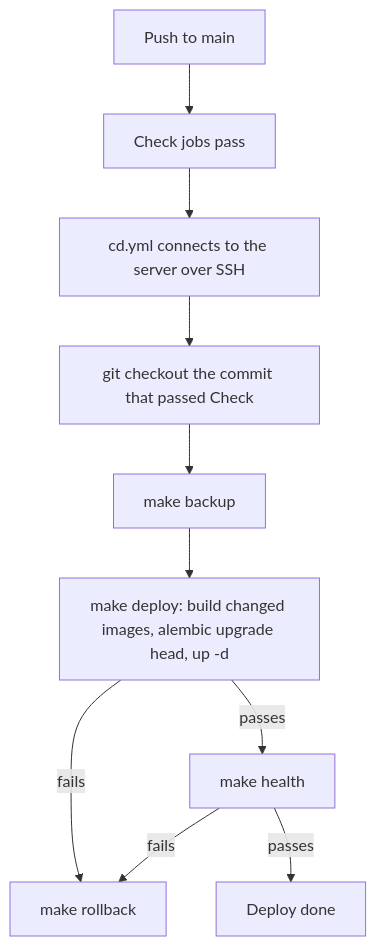
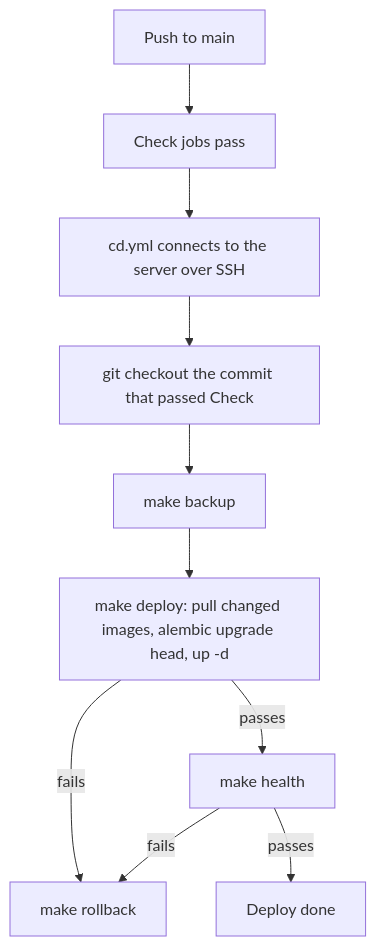
The diagram in docs/operations.md (asusoda/soda-internal-api), drawn with Mermaid before and after one commit. The commit also changed other lines of this file and 19 other files, not shown here.

First line of the commit message:
Pull deploy images from GHCR instead of building them (#413)

````diff
--- a/docs/operations.md
+++ b/docs/operations.md
@@ -125,12 +125,12 @@
 ```mermaid
 flowchart TD
   push["Push to main"] --> check["Check jobs pass"]
   check --> cd["cd.yml connects to the server over SSH"]
   cd --> checkout["git checkout the commit that passed Check"]
   checkout --> backup["make backup"]
-  backup --> deploy["make deploy: build changed images, alembic upgrade head, up -d"]
+  backup --> deploy["make deploy: pull changed images, alembic upgrade head, up -d"]
   deploy -->|fails| rollback["make rollback"]
   deploy -->|passes| health["make health"]
   health -->|fails| rollback
   health -->|passes| done["Deploy done"]
 ```
````
